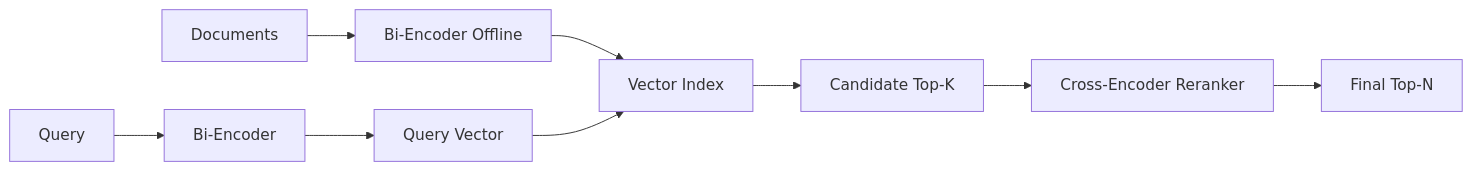
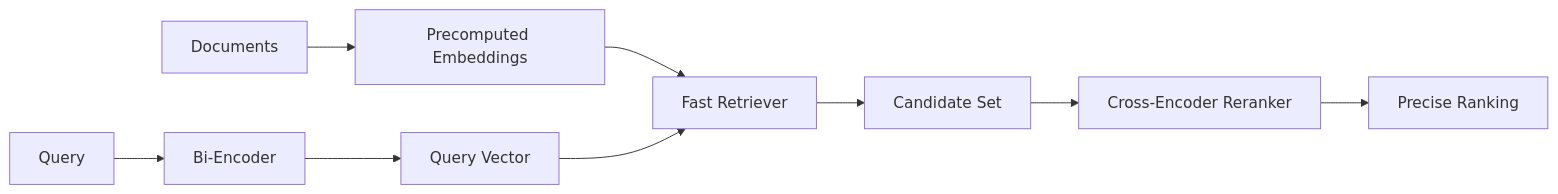
Before and after one commit to studyzhige-ui/ai-application-interview-handbook: the sixth of 7 diagrams in llm-foundation/review/README.md, drawn with Mermaid. The commit also changed other lines of this file, not shown here.

````diff
--- a/llm-foundation/review/README.md
+++ b/llm-foundation/review/README.md
@@ -131,11 +124,11 @@
 ```mermaid
 flowchart LR
-    Q["Query"] --> QE["Bi-Encoder"]
-    QE --> V["Query Vector"]
-    D["Documents"] --> DE["Bi-Encoder Offline"]
-    DE --> I["Vector Index"]
-    V --> I
-    I --> C["Candidate Top-K"]
-    C --> R["Cross-Encoder Reranker"]
-    R --> T["Final Top-N"]
+    Q["Query"] --> E["Bi-Encoder"]
+    E --> V["Query Vector"]
+    D["Documents"] --> I["Precomputed Embeddings"]
+    I --> R["Fast Retriever"]
+    V --> R
+    R --> C["Candidate Set"]
+    C --> X["Cross-Encoder Reranker"]
+    X --> T["Precise Ranking"]
 ```
````
